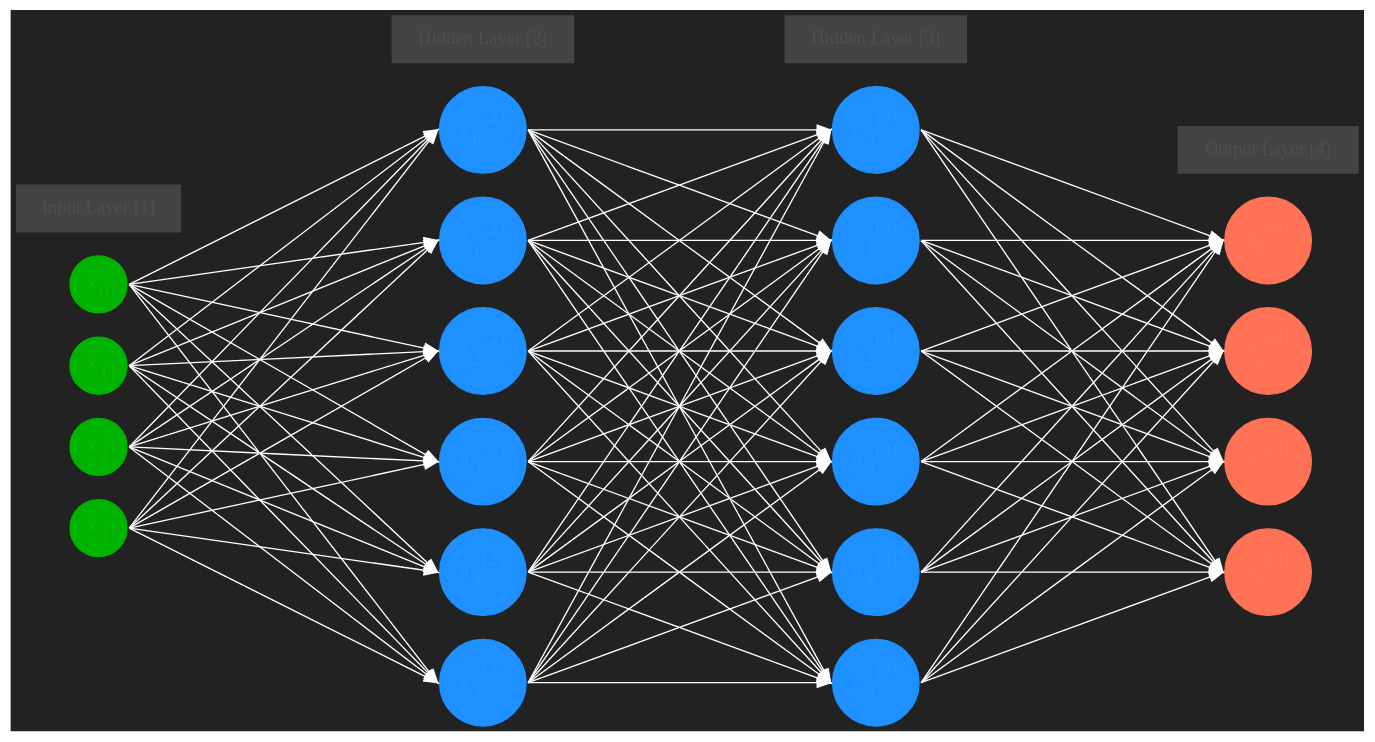
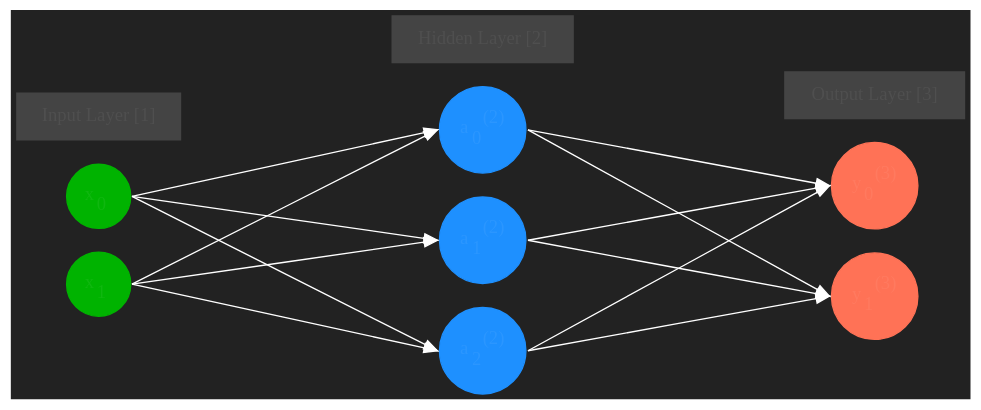
The diagram in zaoai_nn_layout.dot (fjz345/zaoai), drawn with Graphviz before and after one commit. The commit also changed 3 other files, not shown here.

Commit message:
Fixed outputing .dot file for a given GraphStructure

```diff
--- a/zaoai_nn_layout.dot
+++ b/zaoai_nn_layout.dot
@@ -1,89 +1,68 @@
 
     digraph NNGraph {
         bgcolor="#222222"
         node [style=filled, fillcolor="#444444", fontcolor="#FFFFFFF", color = "#FFFFFF", shape="circle"]
         edge [fontcolor="#FFFFFFF", color = "#FFFFFF"]
         graph [fontcolor="#FFFFFFF", color = "#FFFFFF"]
     
         rankdir = LR;
         splines=false;
         edge[style=invis];
-        ranksep= 2.2;
+        ranksep=
+        2.2
+        ;
         {
             node [shape=circle, color="#ffcc00", style=filled, fillcolor="#ffcc00"];
         }
 
         
     {
         node [shape=circle, color="#00b300", style=filled, fillcolor="#00b300"];
         // 1
-        x0 [label=<x<sub>0</sub>>];
-        x1 [label=<x<sub>1</sub>>];
-        x2 [label=<x<sub>2</sub>>]; 
-        x3 [label=<x<sub>3</sub>>];
+    x0 [label=<x<sub>0 </sub>>];
+x1 [label=<x<sub>1 </sub>>];
+
     }
     
     {
         node [shape=circle, color=dodgerblue, style=filled, fillcolor=dodgerblue];
-        // 2
-        a02 [label=<a<sub>0</sub><sup>(2)</sup>>];
-        a12 [label=<a<sub>1</sub><sup>(2)</sup>>];
-        a22 [label=<a<sub>2</sub><sup>(2)</sup>>];
-        a32 [label=<a<sub>3</sub><sup>(2)</sup>>];
-        a42 [label=<a<sub>4</sub><sup>(2)</sup>>];
-        a52 [label=<a<sub>5</sub><sup>(2)</sup>>];
-        // 3
-        a03 [label=<a<sub>0</sub><sup>(3)</sup>>];
-        a13 [label=<a<sub>1</sub><sup>(3)</sup>>];
-        a23 [label=<a<sub>2</sub><sup>(3)</sup>>];
-        a33 [label=<a<sub>3</sub><sup>(3)</sup>>];
-        a43 [label=<a<sub>4</sub><sup>(3)</sup>>];
-        a53 [label=<a<sub>5</sub><sup>(3)</sup>>];
+    //2
+a02 [label=<a<sub>0</sub><sup>(2)</sup>>];
+a12 [label=<a<sub>1</sub><sup>(2)</sup>>];
+a22 [label=<a<sub>2</sub><sup>(2)</sup>>];
+
     }
-    a02->a03;  // prevent tilting
     
     {
         node [shape=circle, color=coral1, style=filled, fillcolor=coral1];
-        // 4
-        y1 [label=<y<sub>1</sub><sup>(4)</sup>>];
-        y2 [label=<y<sub>2</sub><sup>(4)</sup>>]; 
-        y3 [label=<y<sub>3</sub><sup>(4)</sup>>]; 
-        y4 [label=<y<sub>4</sub><sup>(4)</sup>>];
-    }
-    
-    {
-        rank=same;
-        x0->x1->x2->x3;
+    //3
+y0 [label=<y<sub>0</sub><sup>(3)</sup>>];
+y1 [label=<y<sub>1</sub><sup>(3)</sup>>];
+
     }
     {
-        rank=same;
-        a02->a12->a22->a32->a42->a52;
-    }
-    {
-        rank=same;
-        a03->a13->a23->a33->a43->a53;
-    }
-    {
-        rank=same;
-        y1->y2->y3->y4;
-    }
-    
+rank=same;
+x0->x1;
+}
+{
+rank=same;
+a02->a12->a22;
+}
+{
+rank=same;
+y0->y1;
+}
+
     l0 [shape=plaintext, label="Input Layer [1]"];
     l0->x0;
     {rank=same; l0;x0};
     l1 [shape=plaintext, label="Hidden Layer [2]"];
-    l1->a02;
-    {rank=same; l1;a02};
-    l2 [shape=plaintext, label="Hidden Layer [3]"];
-    l2->a03;
-    {rank=same; l2;a03};
-    l3 [shape=plaintext, label="Output Layer [4]"];
-    l3->y1;
-    {rank=same; l3;y1};
-    
-    edge[style=solid, tailport=e, headport=w];
-    {x0; x1; x2; x3} -> {a02;a12;a22;a32;a42;a52};
-    {a02;a12;a22;a32;a42;a52} -> {a03;a13;a23;a33;a43;a53};
-    {a03;a13;a23;a33;a43;a53} -> {y1,y2,y3,y4};
-    
+l1->a02
+{rank=same; l1;a02}
+l2 [shape=plaintext, label="Output Layer [3]"];
+l2->y0
+{rank=same; l2;y0};
+edge[style=solid, tailport=e, headport=w];
+{x0; x1}->{a02;a12;a22};
+{a02;a12;a22}->{y0, y1}
 }
```
